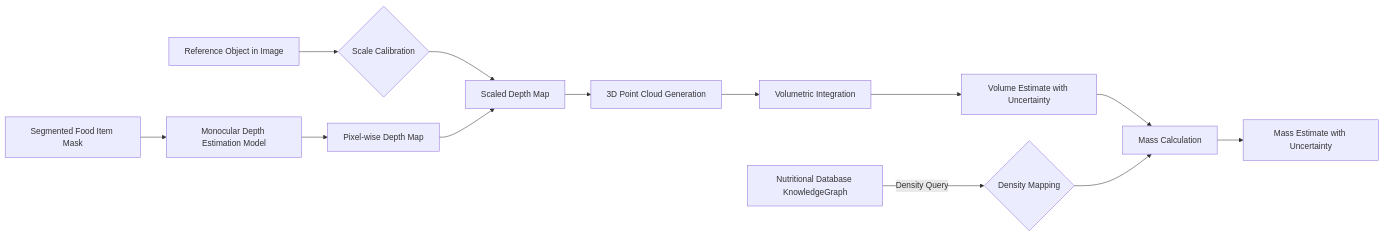
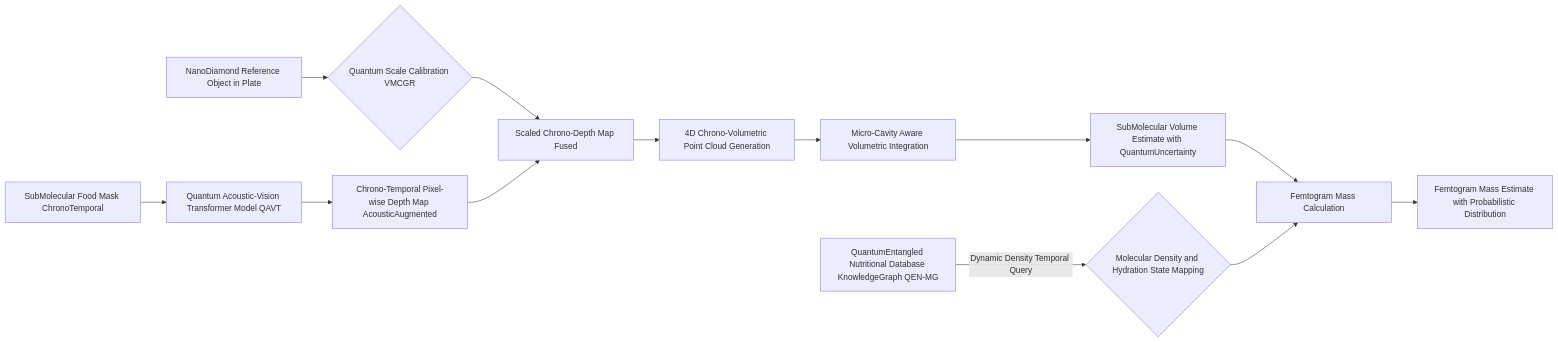
Before and after one commit to diplomat-bit/Citibank_Demo_Business_Inc_Demonstration-: the fifth of 9 diagrams in inventions/109_ai_nutritionist_from_food_photos.md, drawn with Mermaid. The commit also changed other lines of this file, not shown here.

````diff
--- a/inventions/109_ai_nutritionist_from_food_photos.md
+++ b/inventions/109_ai_nutritionist_from_food_photos.md
@@ -172,15 +196,15 @@
 ```mermaid
 graph LR
-    A[Segmented Food Item Mask] --> B[Monocular Depth Estimation Model]
-    B --> C[Pixel-wise Depth Map]
-    D[Reference Object in Image] --> E{Scale Calibration}
-    E --> F[Scaled Depth Map]
+    A[SubMolecular Food Mask ChronoTemporal] --> B[Quantum Acoustic-Vision Transformer Model QAVT]
+    B --> C[Chrono-Temporal Pixel-wise Depth Map AcousticAugmented]
+    D[NanoDiamond Reference Object in Plate] --> E{Quantum Scale Calibration VMCGR}
+    E --> F[Scaled Chrono-Depth Map Fused]
     C --> F
-    F --> G[3D Point Cloud Generation]
-    G --> H[Volumetric Integration]
-    H --> I[Volume Estimate with Uncertainty]
-    J[Nutritional Database KnowledgeGraph] -- Density Query --> K{Density Mapping}
-    I --> L[Mass Calculation]
+    F --> G[4D Chrono-Volumetric Point Cloud Generation]
+    G --> H[Micro-Cavity Aware Volumetric Integration]
+    H --> I[SubMolecular Volume Estimate with QuantumUncertainty]
+    J[QuantumEntangled Nutritional Database KnowledgeGraph QEN-MG] -- Dynamic Density Temporal Query --> K{Molecular Density and Hydration State Mapping}
+    I --> L[Femtogram Mass Calculation]
     K --> L
-    L --> M[Mass Estimate with Uncertainty]
+    L --> M[Femtogram Mass Estimate with Probabilistic Distribution]
 ```
````
